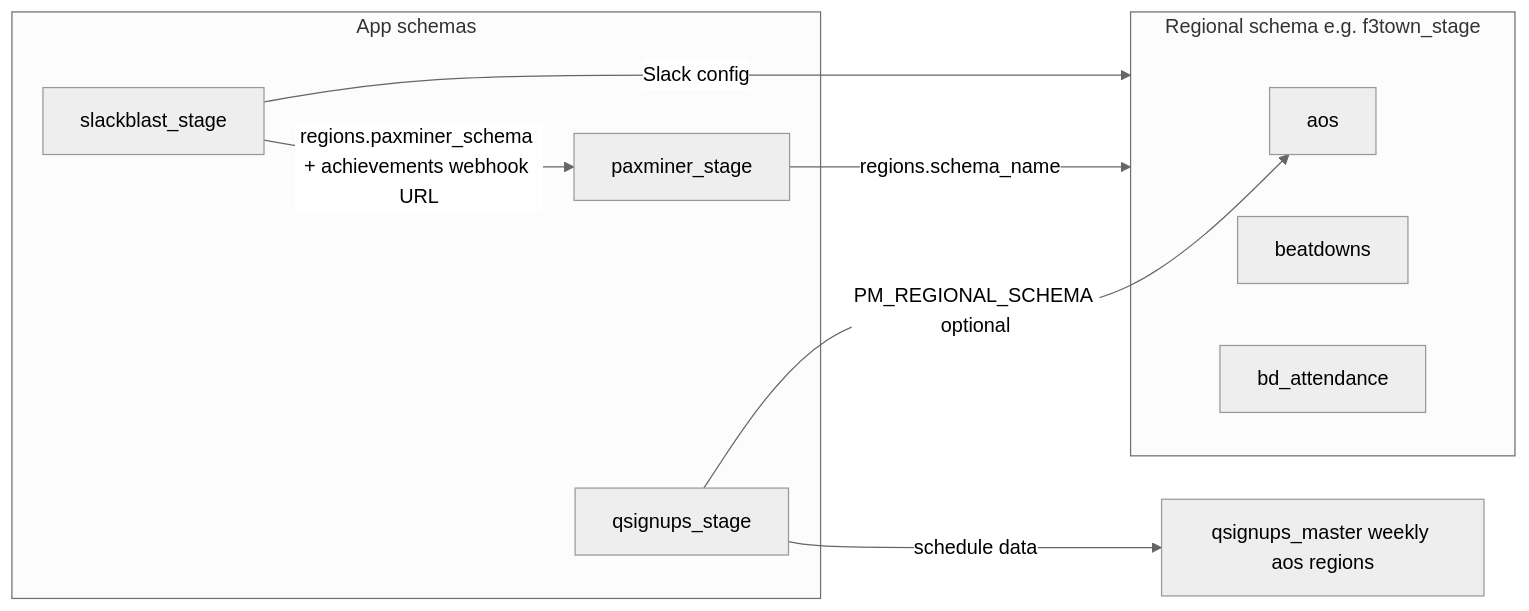
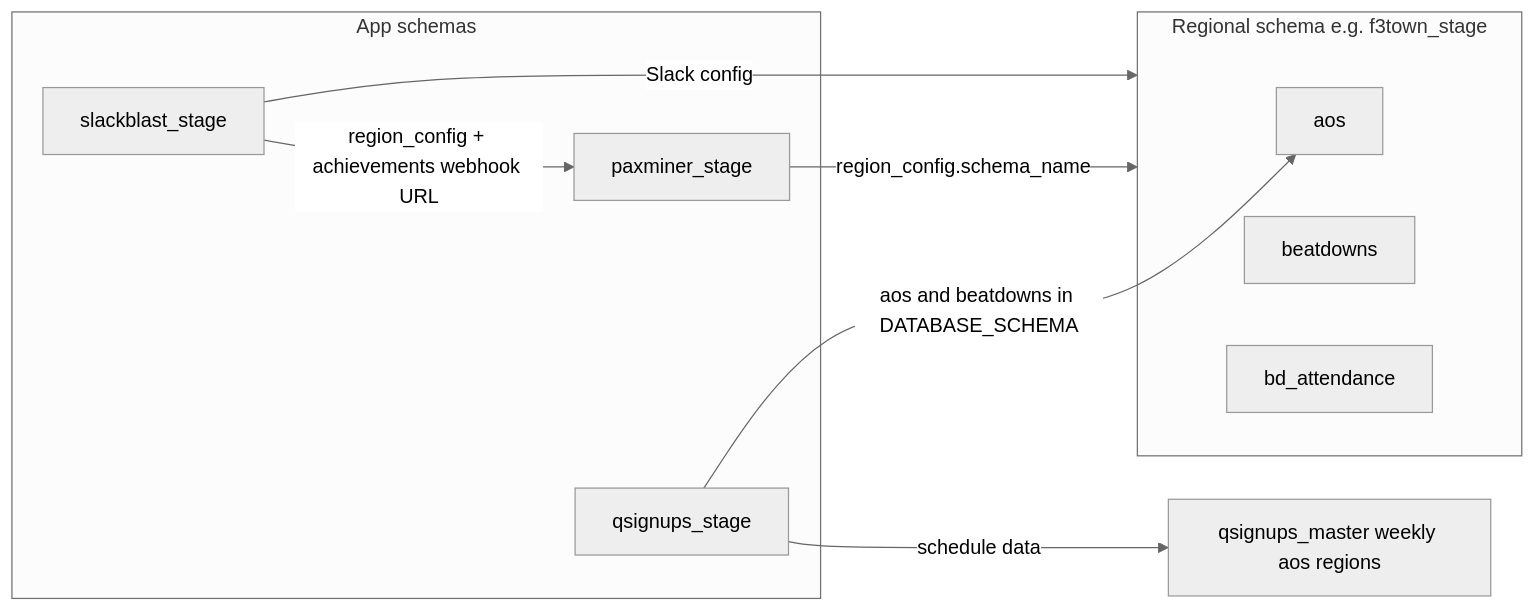
One commit to F3-Tulsa/slack-stack changed the diagram in docs/ARCHITECTURE.md. Above: the diagram before and after it, drawn with Mermaid (neutral theme). The commit also changed other lines of this file and 98 other files, not shown here.

First line of the commit message:
Ship the f3ttown region schema

````diff
--- a/docs/ARCHITECTURE.md
+++ b/docs/ARCHITECTURE.md
@@ -31,18 +31,18 @@
 ```mermaid
 flowchart LR
   subgraph app_schemas [App schemas]
     PM[paxminer_stage]
     SB[slackblast_stage]
     QS[qsignups_stage]
   end
   subgraph regional [Regional schema e.g. f3town_stage]
     AOS[aos]
     BD[beatdowns]
     ATT[bd_attendance]
   end
-  PM -->|regions.schema_name| regional
-  SB -->|regions.paxminer_schema + achievements webhook URL| PM
+  PM -->|region_config.schema_name| regional
+  SB -->|region_config + achievements webhook URL| PM
   SB -->|Slack config| regional
-  QS -->|PM_REGIONAL_SCHEMA optional| AOS
+  QS -->|aos and beatdowns in DATABASE_SCHEMA| AOS
   QS -->|schedule data| QSMASTER[qsignups_master weekly aos regions]
 ```
````
